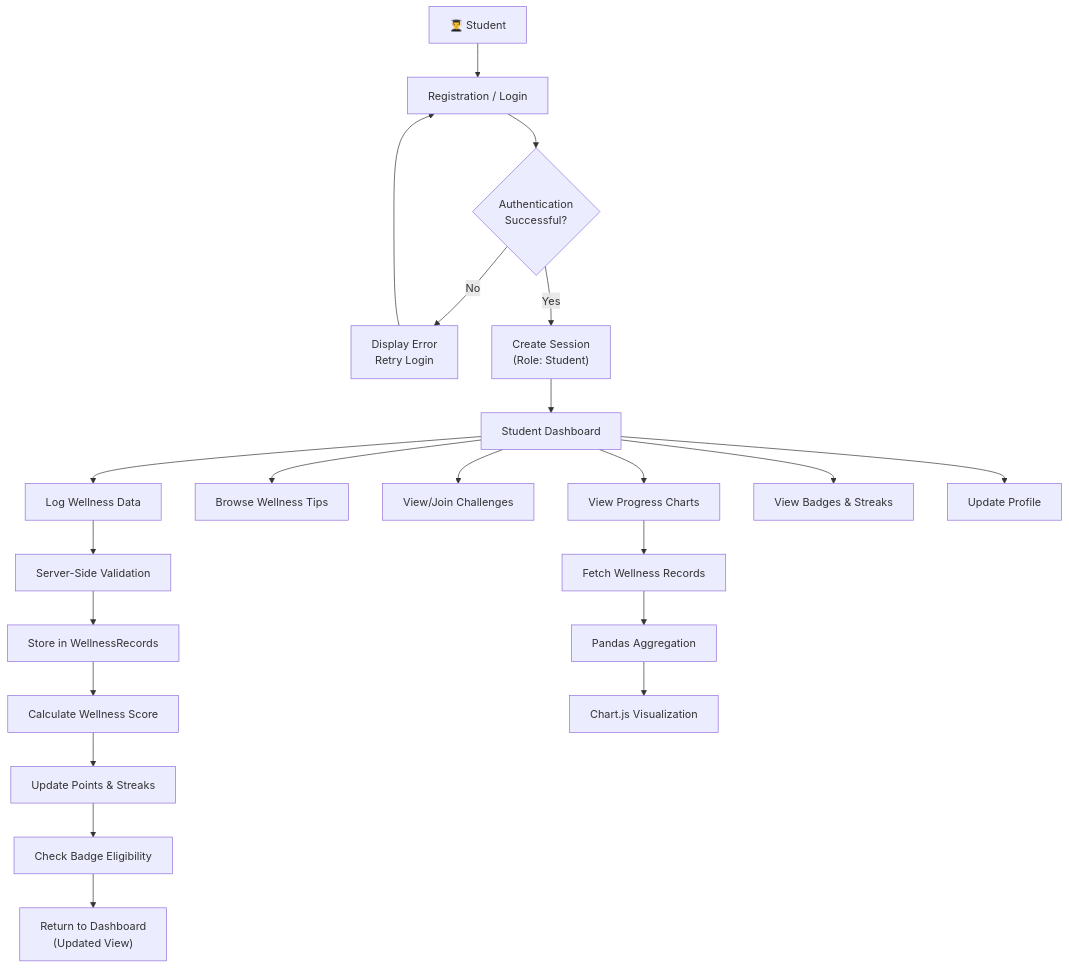
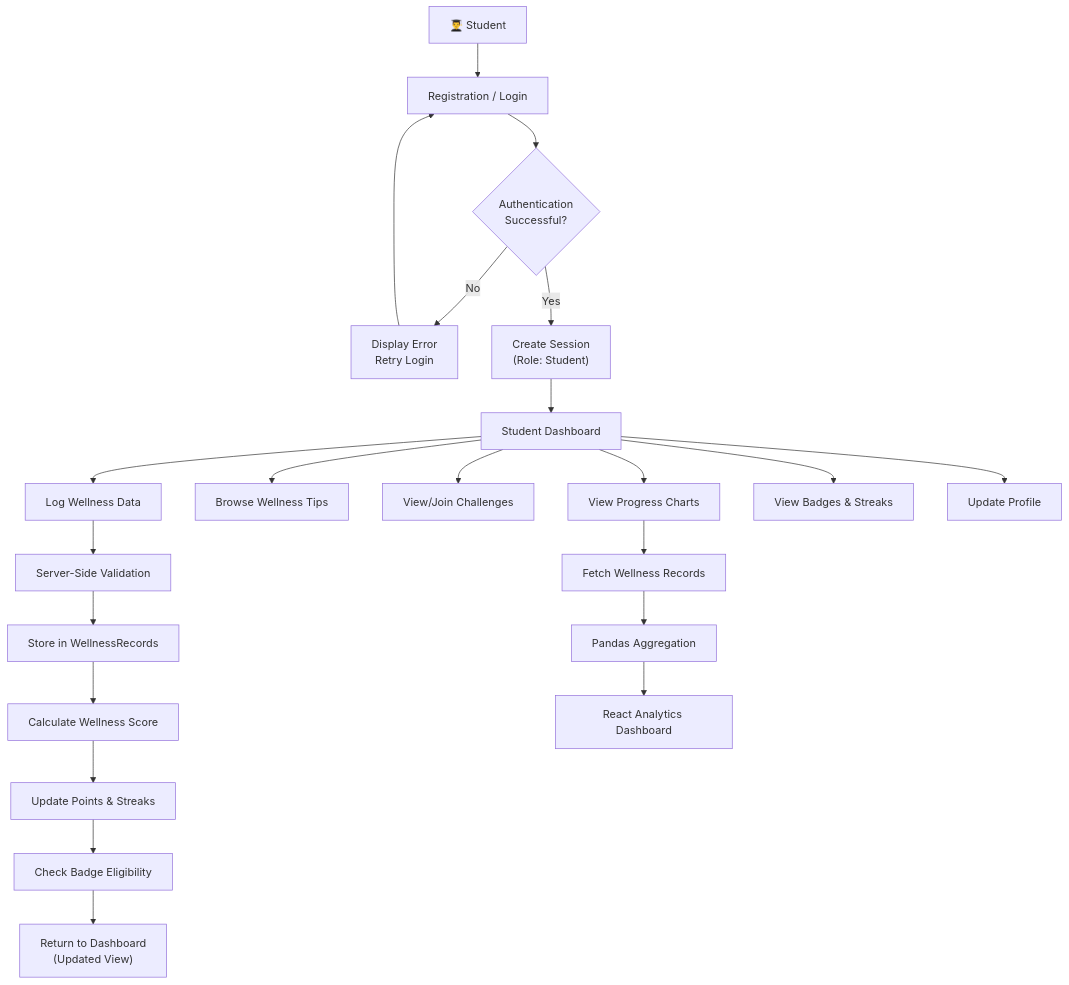
The fourth of 21 diagrams in ARCHITECTURE.md (goxxie08/Wellvia), drawn with Mermaid before and after one commit. The commit also changed other lines of this file and 2 other files, not shown here.

````diff
--- a/ARCHITECTURE.md
+++ b/ARCHITECTURE.md
@@ -469,27 +487,27 @@
 ```mermaid
 flowchart TD
     A["👨‍🎓 Student"] --> B["Registration / Login"]
     B --> C{"Authentication<br/>Successful?"}
     C -->|"No"| D["Display Error<br/>Retry Login"]
     D --> B
     C -->|"Yes"| E["Create Session<br/>(Role: Student)"]
     E --> F["Student Dashboard"]
 
     F --> G["Log Wellness Data"]
     F --> I["Browse Wellness Tips"]
     F --> J["View/Join Challenges"]
     F --> K["View Progress Charts"]
     F --> L["View Badges & Streaks"]
     F --> M["Update Profile"]
 
     G --> N["Server-Side Validation"]
     N --> O["Store in WellnessRecords"]
     O --> P["Calculate Wellness Score"]
     P --> Q["Update Points & Streaks"]
     Q --> R["Check Badge Eligibility"]
     R --> S["Return to Dashboard<br/>(Updated View)"]
 
     K --> V["Fetch Wellness Records"]
     V --> W["Pandas Aggregation"]
-    W --> X["Chart.js Visualization"]
+    W --> X["React Analytics Dashboard"]
 ```
````
